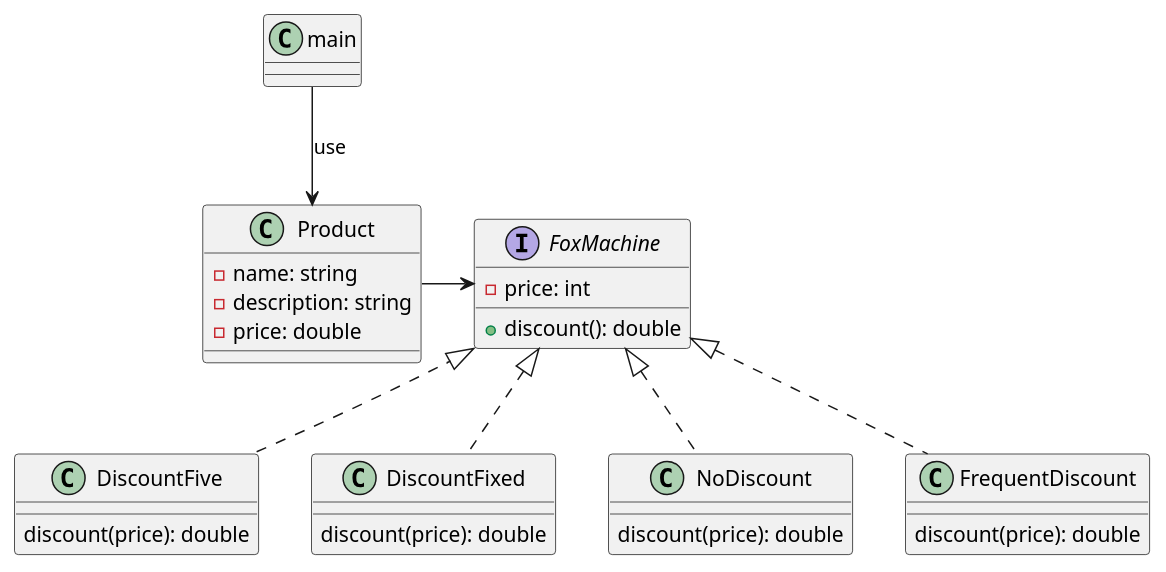
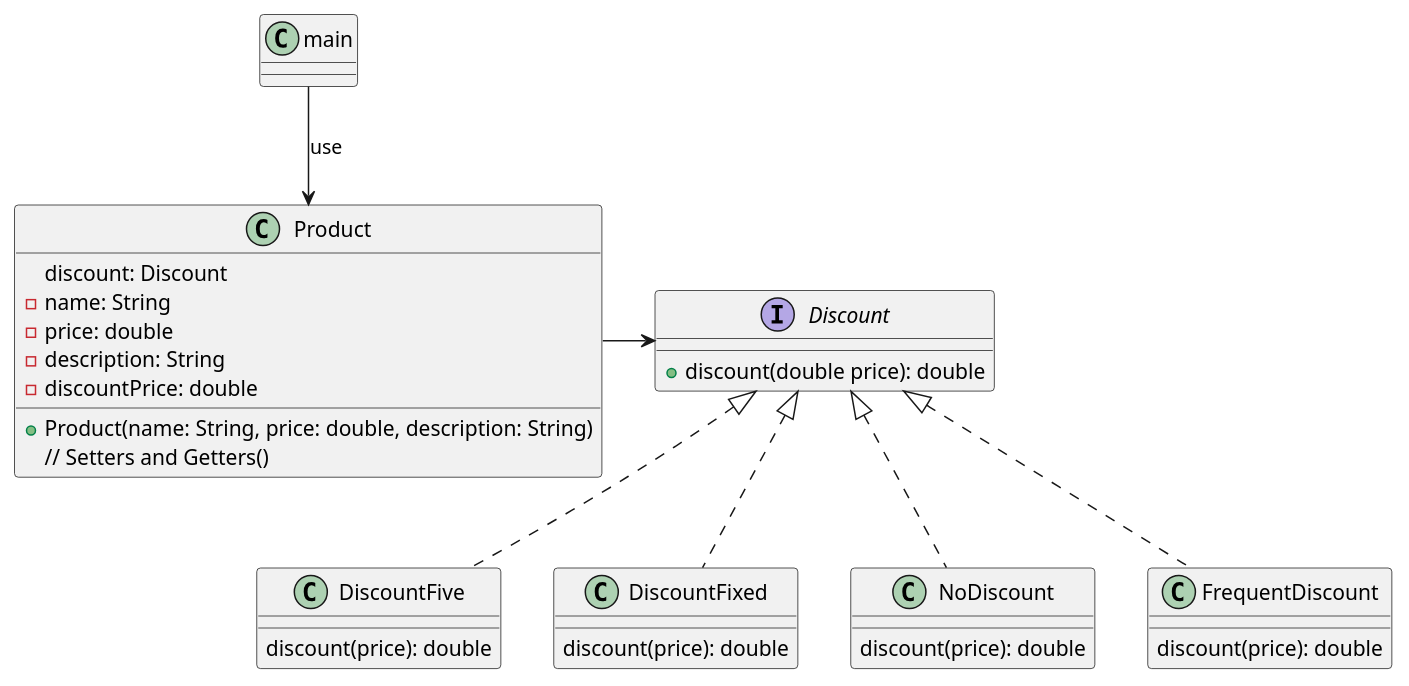
Before and after one commit to eduherrodp/model_based_development: the diagram in src/modelbaseddevelopment/foxmachine/foxmachine_diagram.puml, drawn with PlantUML. The commit also changed 3 other files, not shown here.

Commit message:
New diagram foxmachine_diagram

```diff
--- a/src/modelbaseddevelopment/foxmachine/foxmachine_diagram.puml
+++ b/src/modelbaseddevelopment/foxmachine/foxmachine_diagram.puml
@@ -1,30 +1,34 @@
 @startuml
 'https://plantuml.com/class-diagram
 
 class main
 
-interface FoxMachine {
-    -price: int
-    +discount(): double
+interface Discount {
+    +discount(double price): double
 }
-class Product  {
-    -name: string
-    -description: string
-    -price: double
-}
-class DiscountFive implements FoxMachine{
+class DiscountFive implements Discount{
     discount(price): double
 }
-class DiscountFixed implements FoxMachine{
+class DiscountFixed implements Discount{
     discount(price): double
 }
-class NoDiscount implements FoxMachine{
+class NoDiscount implements Discount{
     discount(price): double
 }
-class FrequentDiscount implements FoxMachine{
+class FrequentDiscount implements Discount{
     discount(price): double
 }
 
+class Product  {
+    discount: Discount
+    - name: String
+    - price: double
+    - description: String
+    - discountPrice: double
+    + Product(name: String, price: double, description: String)
+    // Setters and Getters()
+}
+
 main --> Product:use
-Product -right-> FoxMachine
+Product -right-> Discount
 @enduml
```
